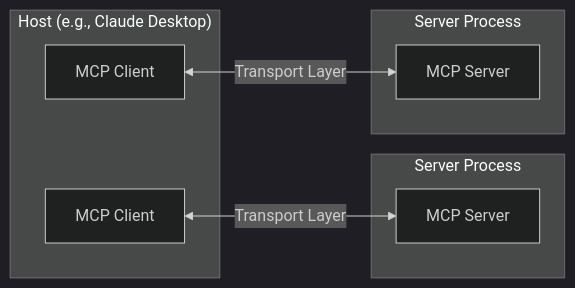
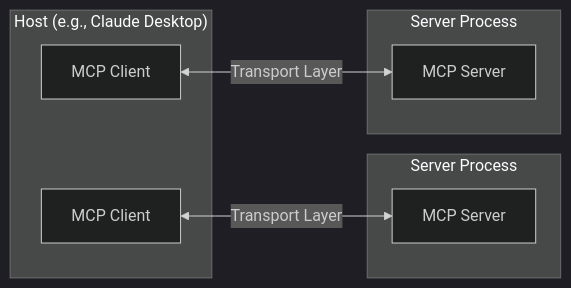
Before and after one commit to ingf/docs: the first of 2 diagrams in en/docs/concepts/architecture.mdx, drawn with Mermaid (dark theme). The commit also changed 18 other files, not shown here.

````diff
--- a/en/docs/concepts/architecture.mdx
+++ b/en/docs/concepts/architecture.mdx
@@ -16,16 +16,16 @@
 ```mermaid
 flowchart LR
-    subgraph "&nbsp;Host (e.g., Claude Desktop)&nbsp;"
+    subgraph "Host (e.g., Claude Desktop)"
         client1[MCP Client]
         client2[MCP Client]
     end
-    subgraph "Server Process"
+    subgraph "&nbsp;Server Process&nbsp;"
         server1[MCP Server]
     end
     subgraph "Server Process"
         server2[MCP Server]
     end
 
     client1 <-->|Transport Layer| server1
     client2 <-->|Transport Layer| server2
 ```
````
